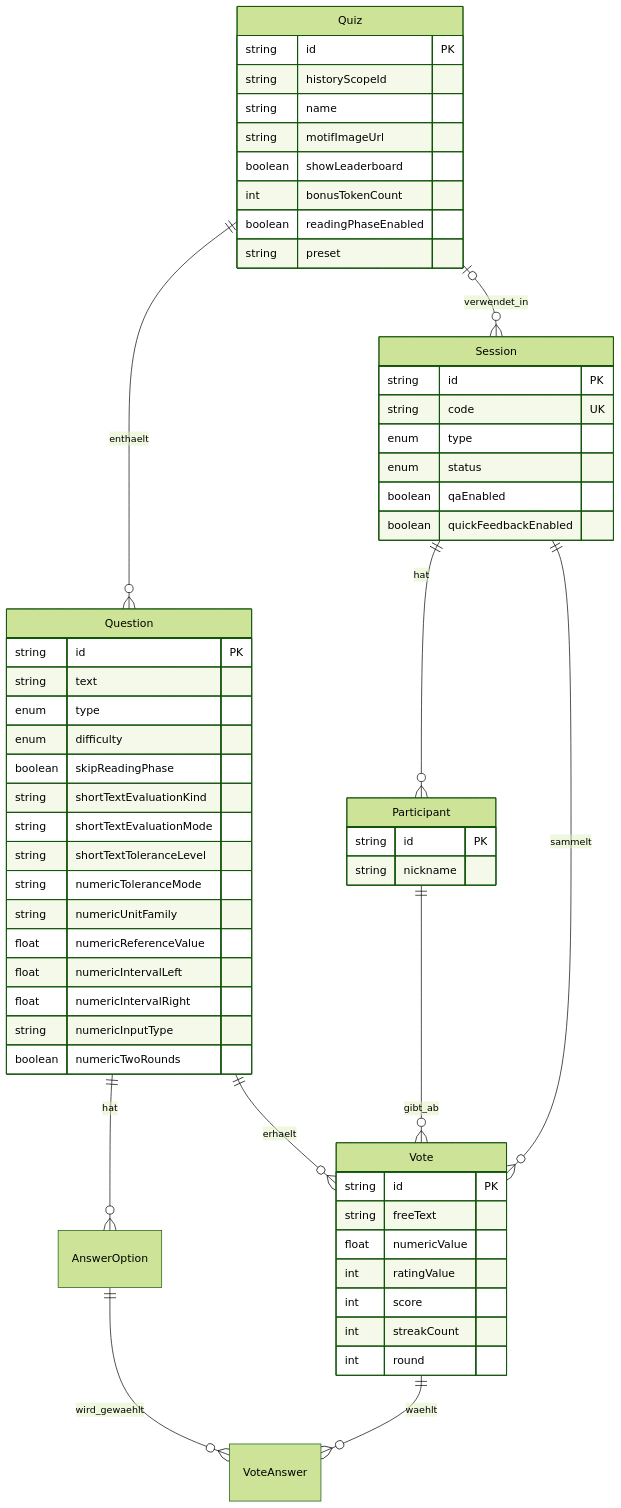
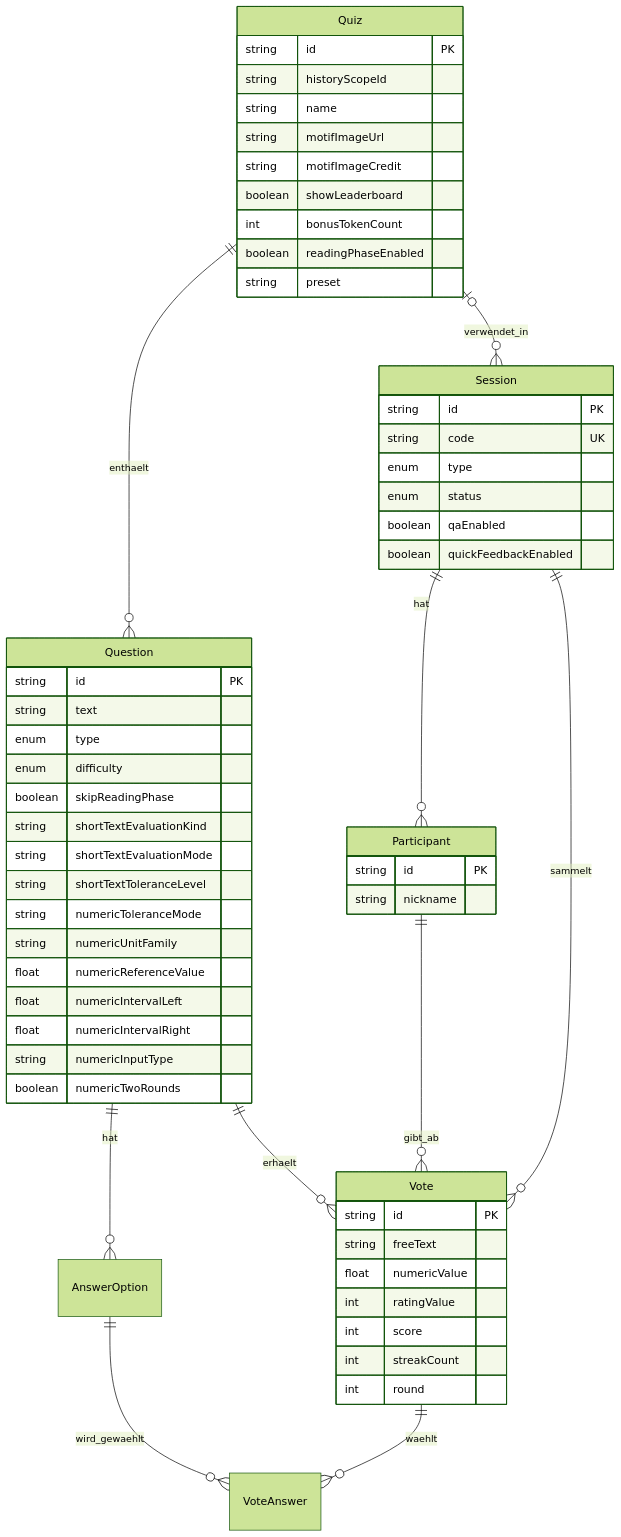
One commit to kqc-real/arsnova.eu changed the ninth of 14 diagrams in docs/diagrams/architecture-overview.md. Above: the diagram before and after it, drawn with Mermaid (forest theme). The commit also changed 86 other files, not shown here.

````diff
--- a/docs/diagrams/architecture-overview.md
+++ b/docs/diagrams/architecture-overview.md
@@ -433,62 +433,63 @@
 ```mermaid
 %%{init: {'flowchart': {'nodeSpacing': 46, 'rankSpacing': 70, 'padding': 14}}}%%
 erDiagram
     Quiz ||--o{ Question : enthaelt
     Quiz |o--o{ Session : verwendet_in
     Question ||--o{ AnswerOption : hat
     Question ||--o{ Vote : erhaelt
     Session ||--o{ Participant : hat
     Session ||--o{ Vote : sammelt
     Participant ||--o{ Vote : gibt_ab
     Vote ||--o{ VoteAnswer : waehlt
     AnswerOption ||--o{ VoteAnswer : wird_gewaehlt
 
     Quiz {
         string id PK
         string historyScopeId
         string name
         string motifImageUrl
+        string motifImageCredit
         boolean showLeaderboard
         int bonusTokenCount
         boolean readingPhaseEnabled
         string preset
     }
     Question {
         string id PK
         string text
         enum type
         enum difficulty
         boolean skipReadingPhase
         string shortTextEvaluationKind
         string shortTextEvaluationMode
         string shortTextToleranceLevel
         string numericToleranceMode
         string numericUnitFamily
         float numericReferenceValue
         float numericIntervalLeft
         float numericIntervalRight
         string numericInputType
         boolean numericTwoRounds
     }
     Session {
         string id PK
         string code UK
         enum type
         enum status
         boolean qaEnabled
         boolean quickFeedbackEnabled
     }
     Participant {
         string id PK
         string nickname
     }
     Vote {
         string id PK
         string freeText
         float numericValue
         int ratingValue
         int score
         int streakCount
         int round
     }
 ```
````
